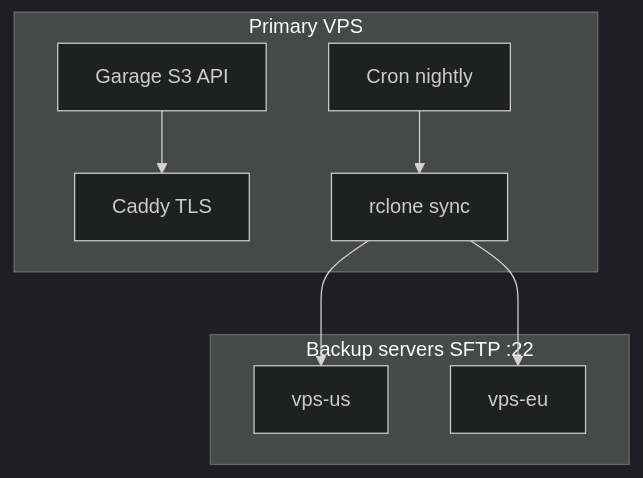
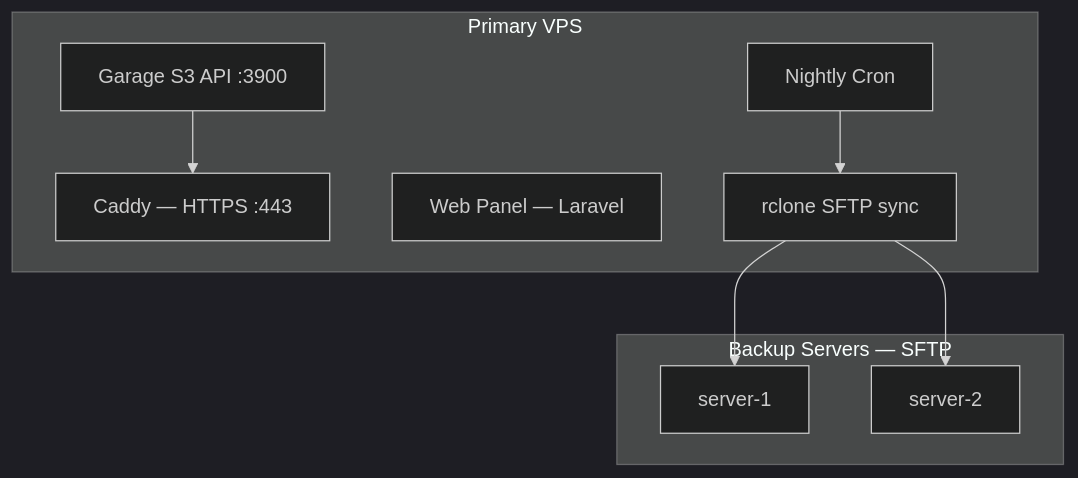
Before and after one commit to andreapollastri/johnny: the diagram in README.md, drawn with Mermaid (dark theme). The commit also changed other lines of this file and 3 other files, not shown here.

````diff
--- a/README.md
+++ b/README.md
@@ -20,16 +26,17 @@
 ```mermaid
 flowchart TB
   subgraph primary [Primary VPS]
-    G[Garage S3 API]
-    C[Caddy TLS]
-    CRON[Cron nightly]
+    G[Garage S3 API :3900]
+    C[Caddy — HTTPS :443]
+    P[Web Panel — Laravel]
+    CRON[Nightly Cron]
     G --> C
-    CRON --> RCLONE[rclone sync]
+    CRON --> RCLONE[rclone SFTP sync]
   end
-  subgraph targets [Backup servers SFTP :22]
-    T1[vps-us]
-    T2[vps-eu]
+  subgraph targets [Backup Servers — SFTP]
+    T1[server-1]
+    T2[server-2]
   end
   RCLONE --> T1
   RCLONE --> T2
 ```
````
